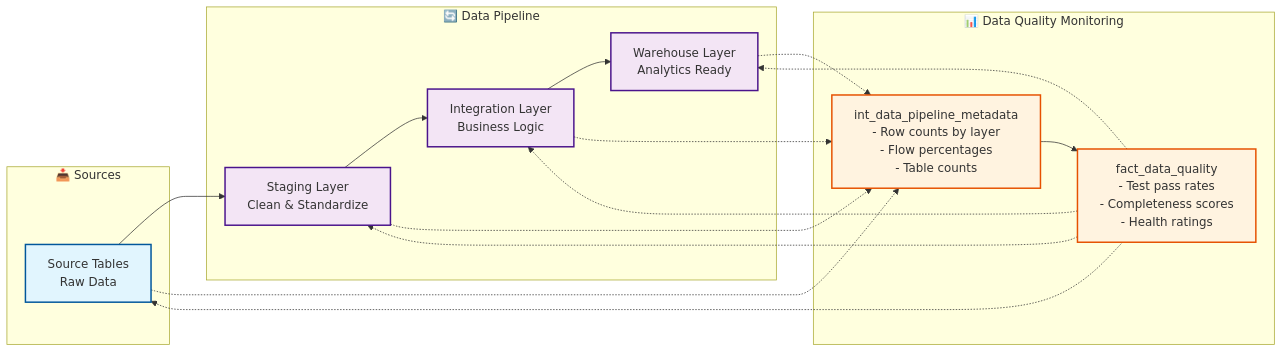
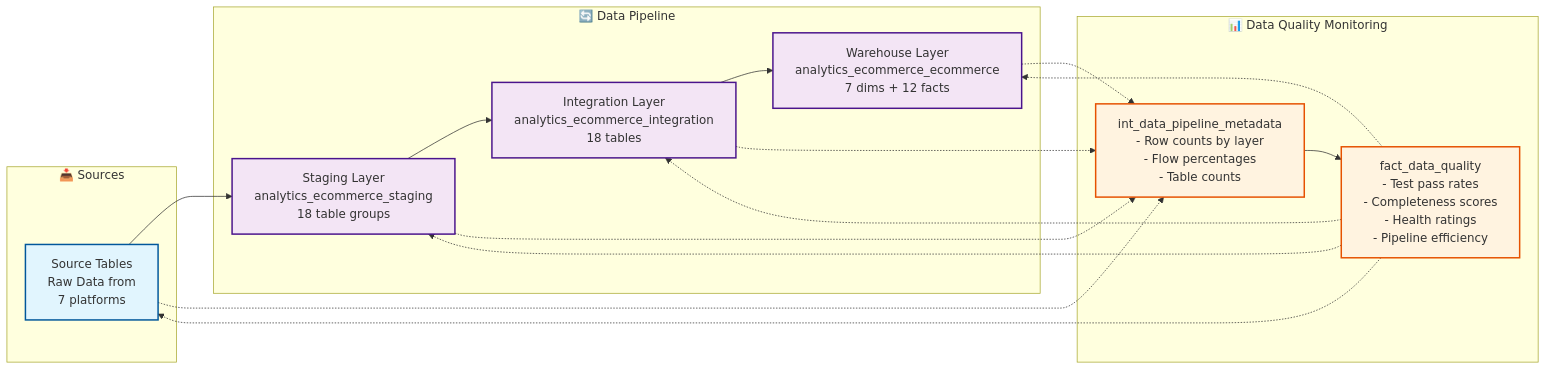
One commit to rittmananalytics/ra_warehouse_ecommerce_v2 changed the fifth of 5 diagrams in docs/data_flow_diagram.md. Above: the diagram before and after it, drawn with Mermaid. The commit also changed other lines of this file and 16 other files, not shown here.

Commit message:
updated diagrams and user guides

````diff
--- a/docs/data_flow_diagram.md
+++ b/docs/data_flow_diagram.md
@@ -302,46 +405,46 @@
 ```mermaid
 graph LR
     %% Data Sources
     subgraph Sources ["📥 Sources"]
-        SRC[Source Tables<br/>Raw Data]
+        SRC[Source Tables<br/>Raw Data from<br/>7 platforms]
     end
 
-    %% Pipeline Stages
+    %% Pipeline Stages with BigQuery Datasets
     subgraph Pipeline ["🔄 Data Pipeline"]
-        STG[Staging Layer<br/>Clean & Standardize]
-        INT[Integration Layer<br/>Business Logic]
-        WH[Warehouse Layer<br/>Analytics Ready]
+        STG[Staging Layer<br/>analytics_ecommerce_staging<br/>18 table groups]
+        INT[Integration Layer<br/>analytics_ecommerce_integration<br/>18 tables]
+        WH[Warehouse Layer<br/>analytics_ecommerce_ecommerce<br/>7 dims + 12 facts]
     end
 
     %% Monitoring
     subgraph Monitoring ["📊 Data Quality Monitoring"]
         META[int_data_pipeline_metadata<br/>- Row counts by layer<br/>- Flow percentages<br/>- Table counts]
-        QUALITY[fact_data_quality<br/>- Test pass rates<br/>- Completeness scores<br/>- Health ratings]
+        QUALITY[fact_data_quality<br/>- Test pass rates<br/>- Completeness scores<br/>- Health ratings<br/>- Pipeline efficiency]
     end
 
     %% Flow with Monitoring
     SRC --> STG
     STG --> INT
     INT --> WH
     
     SRC -.-> META
     STG -.-> META
     INT -.-> META
     WH -.-> META
     
     META --> QUALITY
     
     %% Feedback Loop
     QUALITY -.-> SRC
     QUALITY -.-> STG
     QUALITY -.-> INT
     QUALITY -.-> WH
 
     classDef sourceStyle fill:#e1f5fe,stroke:#01579b,stroke-width:2px
     classDef pipelineStyle fill:#f3e5f5,stroke:#4a148c,stroke-width:2px
     classDef monitoringStyle fill:#fff3e0,stroke:#e65100,stroke-width:2px
 
     class SRC sourceStyle
     class STG,INT,WH pipelineStyle
     class META,QUALITY monitoringStyle
 ```
````
